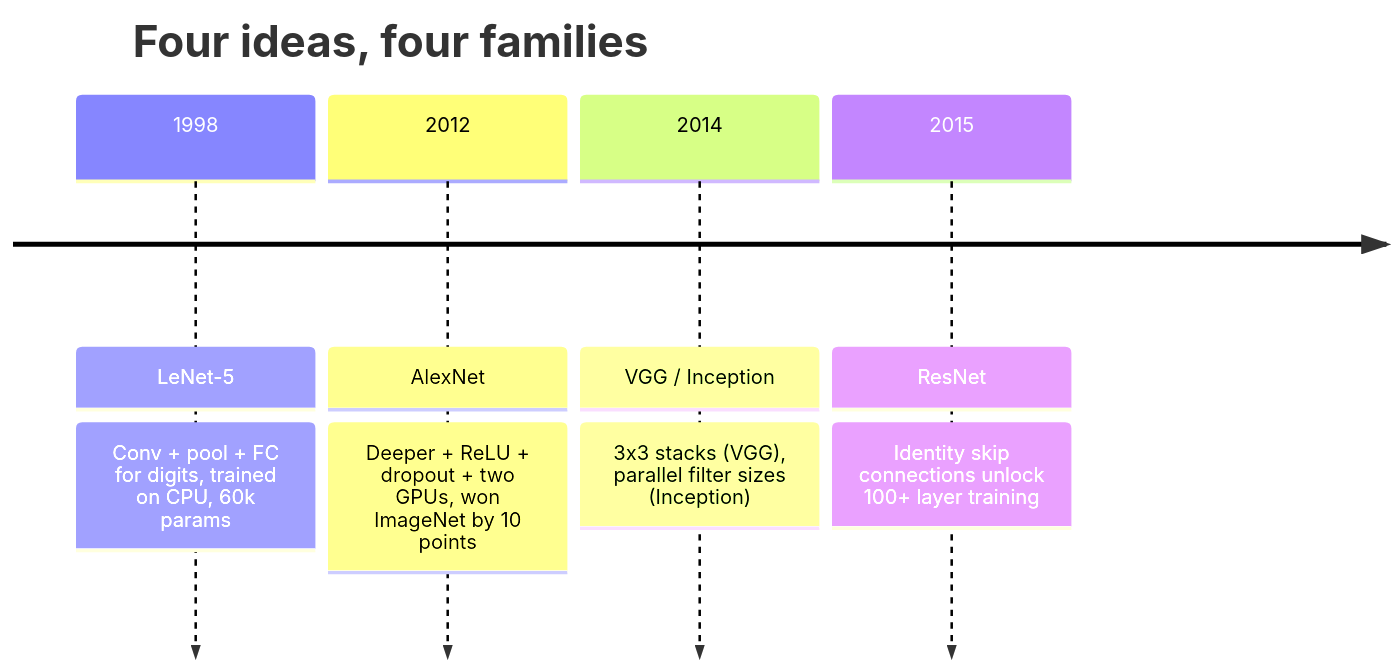
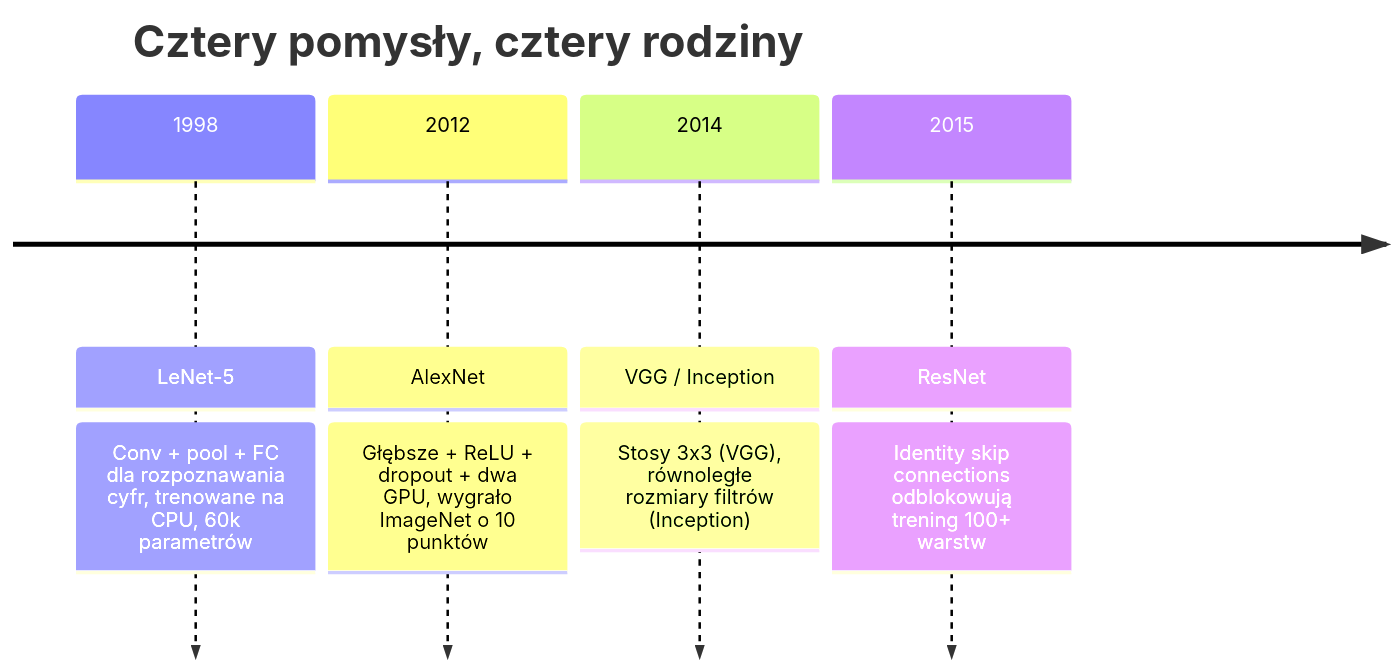
Before and after one commit to hublorx/ai-engineering-from-scratch: the first of 3 diagrams in phases/04-computer-vision/03-cnns-lenet-to-resnet/docs/en.md, drawn with Mermaid. The commit also changed other lines of this file and 27 other files, not shown here.

````diff
--- a/phases/04-computer-vision/03-cnns-lenet-to-resnet/docs/en.md
+++ b/phases/04-computer-vision/03-cnns-lenet-to-resnet/docs/en.md
@@ -27,8 +27,8 @@
 ```mermaid
 timeline
-    title Four ideas, four families
-    1998 : LeNet-5 : Conv + pool + FC for digits, trained on CPU, 60k params
-    2012 : AlexNet : Deeper + ReLU + dropout + two GPUs, won ImageNet by 10 points
-    2014 : VGG / Inception : 3x3 stacks (VGG), parallel filter sizes (Inception)
-    2015 : ResNet : Identity skip connections unlock 100+ layer training
+    title Cztery pomysły, cztery rodziny
+    1998 : LeNet-5 : Conv + pool + FC dla rozpoznawania cyfr, trenowane na CPU, 60k parametrów
+    2012 : AlexNet : Głębsze + ReLU + dropout + dwa GPU, wygrało ImageNet o 10 punktów
+    2014 : VGG / Inception : Stosy 3x3 (VGG), równoległe rozmiary filtrów (Inception)
+    2015 : ResNet : Identity skip connections odblokowują trening 100+ warstw
 ```
````
